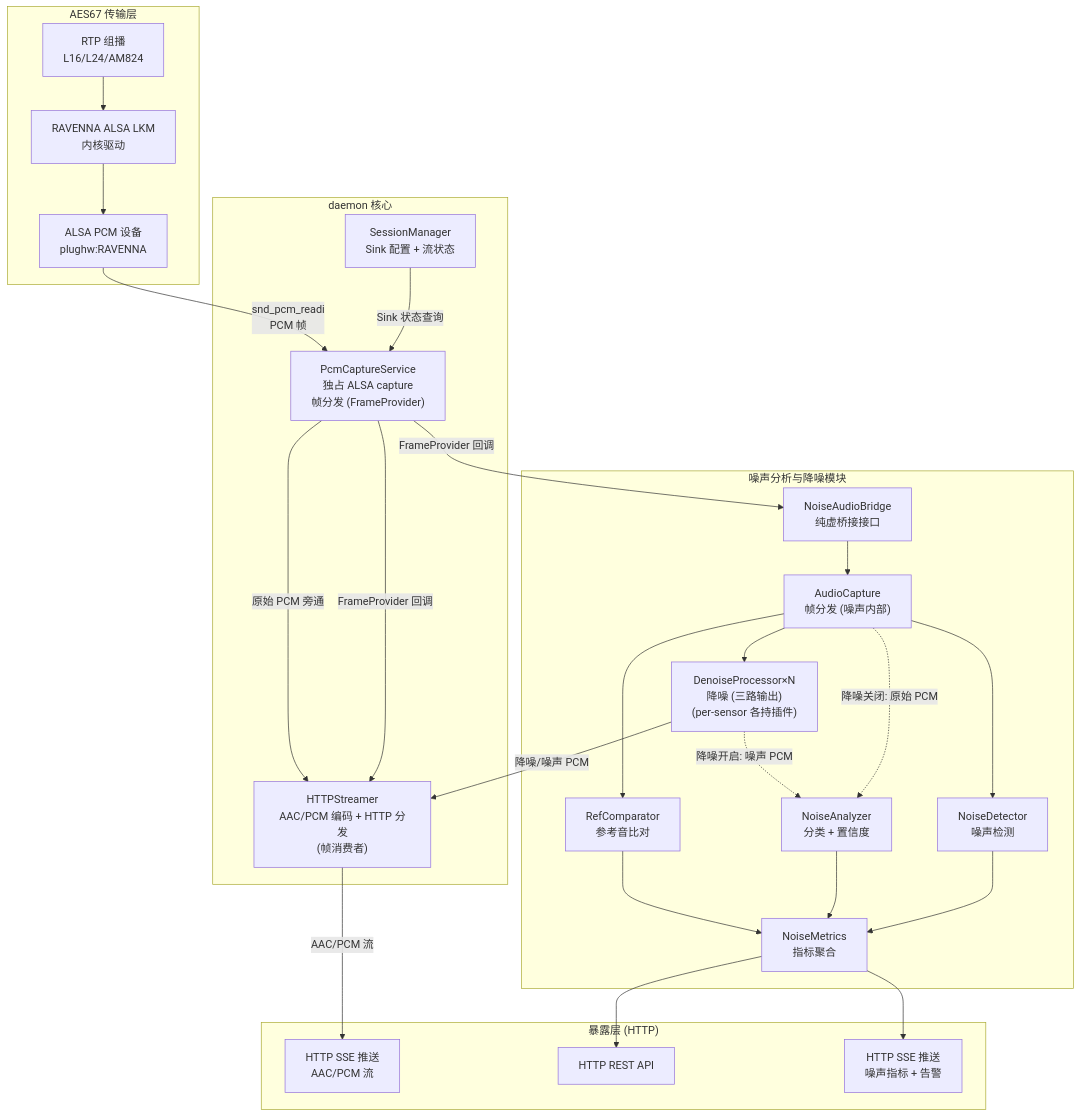
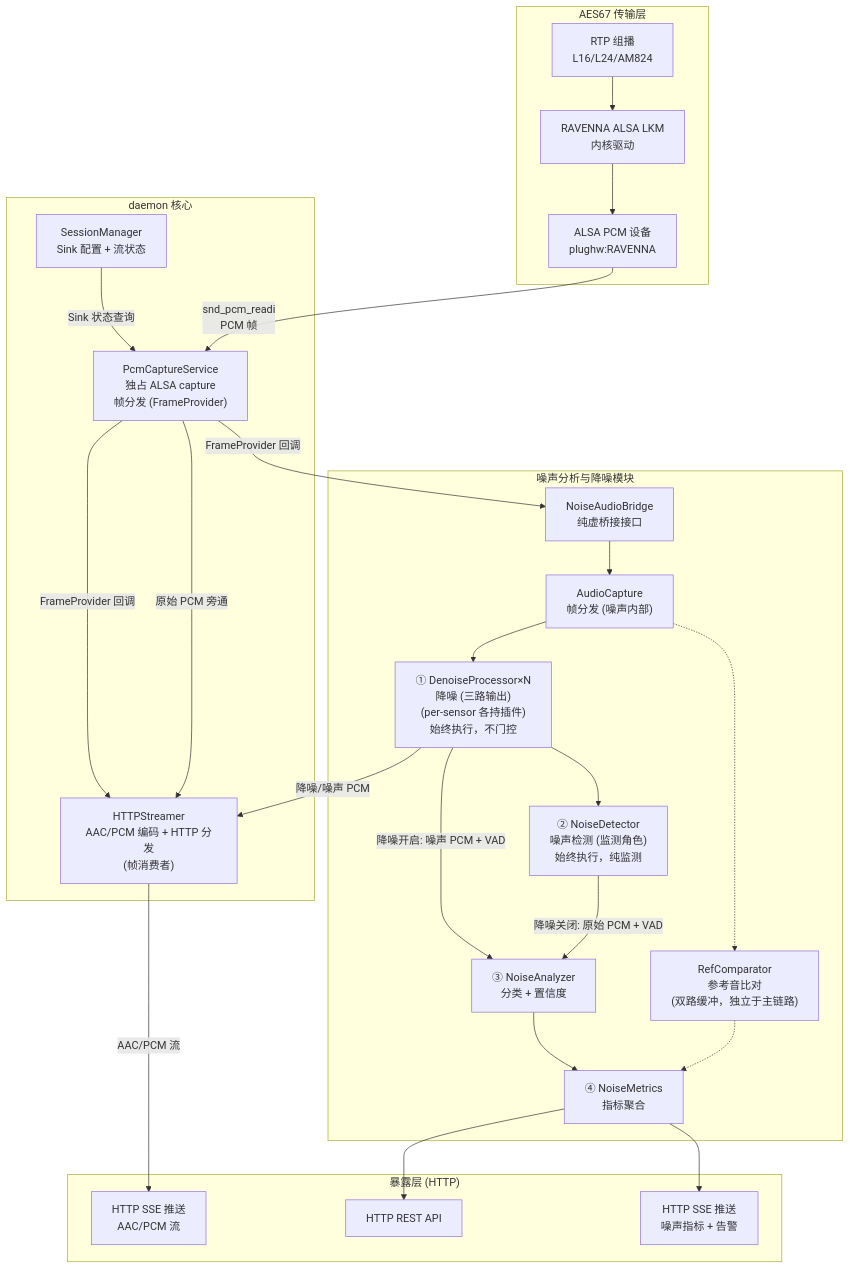
Before and after one commit to JunJunHub/aes67-linux-daemon: the second of 6 diagrams in docs/noise/architecture-design.md, drawn with Mermaid. The commit also changed other lines of this file, not shown here.

Commit message:
docs(noise): §2.1 架构总览图同步更新 — ①②顺序链路 + NoiseDetector监测角色 + RefComparator独立
- 架构图：CAP→DNR→DET 顺序箭头，不再扇出并行
- 节点标注：①DenoiseProcessor(始终执行不门控) ②NoiseDetector(监测角色) ③④
- RefComparator：虚线箭头标注'双路缓冲，独立于主链路'
- 注释更新：①→②无门控关系、③输入源选择含VAD来源、RefComparator独立说明

````diff
--- a/docs/noise/architecture-design.md
+++ b/docs/noise/architecture-design.md
@@ -176,46 +176,47 @@
 ```mermaid
 flowchart TB
     subgraph AES67["AES67 传输层"]
         RTP["RTP 组播<br/>L16/L24/AM824"]
         LKM["RAVENNA ALSA LKM<br/>内核驱动"]
         ALSA["ALSA PCM 设备<br/>plughw:RAVENNA"]
     end
 
     subgraph CORE["daemon 核心"]
         SM["SessionManager<br/>Sink 配置 + 流状态"]
         PCS["PcmCaptureService<br/>独占 ALSA capture<br/>帧分发 (FrameProvider)"]
         STR["HTTPStreamer<br/>AAC/PCM 编码 + HTTP 分发<br/>(帧消费者)"]
     end
 
     subgraph NOISE["噪声分析与降噪模块"]
         BRIDGE_IF["NoiseAudioBridge<br/>纯虚桥接接口"]
         CAP["AudioCapture<br/>帧分发 (噪声内部)"]
-        DET["NoiseDetector<br/>噪声检测"]
-        ANA["NoiseAnalyzer<br/>分类 + 置信度"]
-        DNR["DenoiseProcessor×N<br/>降噪 (三路输出)<br/>(per-sensor 各持插件)"]
-        REF["RefComparator<br/>参考音比对"]
-        MET["NoiseMetrics<br/>指标聚合"]
+        DNR["① DenoiseProcessor×N<br/>降噪 (三路输出)<br/>(per-sensor 各持插件)<br/>始终执行，不门控"]
+        DET["② NoiseDetector<br/>噪声检测 (监测角色)<br/>始终执行，纯监测"]
+        ANA["③ NoiseAnalyzer<br/>分类 + 置信度"]
+        REF["RefComparator<br/>参考音比对<br/>(双路缓冲，独立于主链路)"]
+        MET["④ NoiseMetrics<br/>指标聚合"]
     end
 
     subgraph API["暴露层 (HTTP)"]
         AudioSSE["HTTP SSE 推送<br/>AAC/PCM 流"]
         HTTP["HTTP REST API"]
         NoiseSSE["HTTP SSE 推送<br/>噪声指标 + 告警"]
     end
 
     RTP --> LKM --> ALSA
     SM -->|Sink 状态查询| PCS
     ALSA -->|snd_pcm_readi<br/>PCM 帧| PCS
     PCS -->|FrameProvider 回调| STR
     PCS -->|FrameProvider 回调| BRIDGE_IF
     BRIDGE_IF --> CAP
-    CAP --> DET & DNR & REF
-    CAP -.->|降噪关闭: 原始 PCM| ANA
-    DNR -.->|降噪开启: 噪声 PCM| ANA
-    DET & ANA --> MET
-    REF --> MET
+    CAP --> DNR --> DET
+    DNR -->|"降噪开启: 噪声 PCM + VAD"| ANA
+    DET -->|"降噪关闭: 原始 PCM + VAD"| ANA
+    ANA --> MET
+    CAP -.-> REF
+    REF -.-> MET
     MET --> HTTP & NoiseSSE
     PCS -->|原始 PCM 旁通| STR
     DNR -->|降噪/噪声 PCM| STR
     STR -->|AAC/PCM 流| AudioSSE
 ```
````
